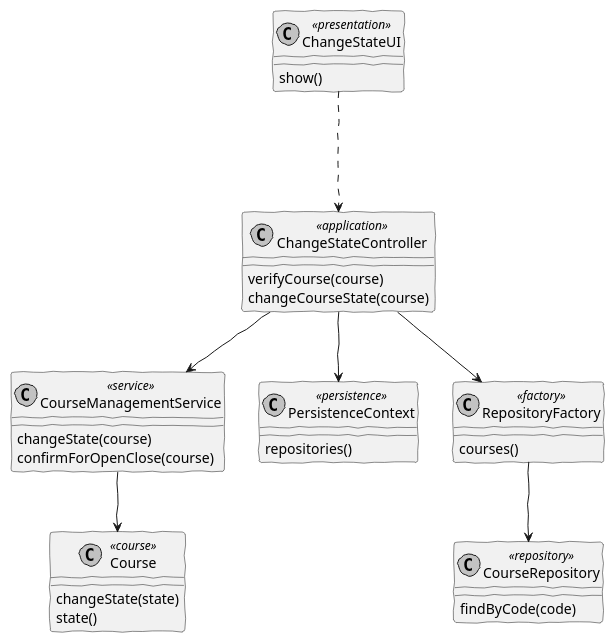
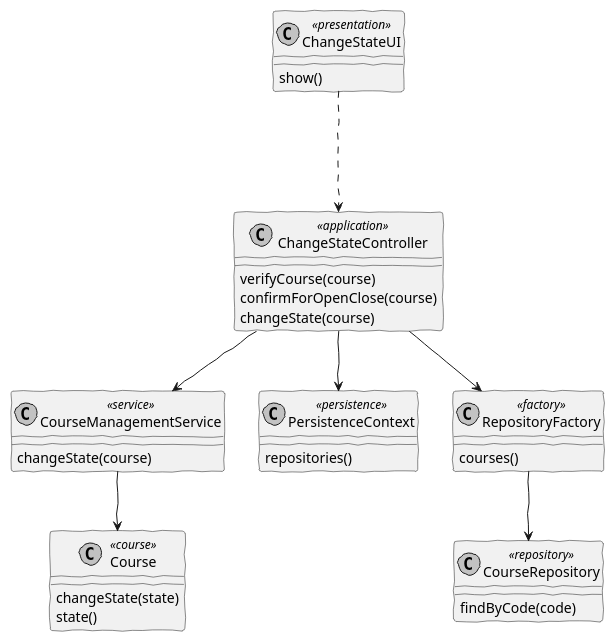
The diagram in docs/SPRINT B/US_1004/CD/CD.puml (brunacosta03/sem4pi_22_23), drawn with PlantUML before and after one commit. The commit also changed 2 other files, not shown here.

Commit message:
docs : update of both diagrams and Domain model #17

```diff
--- a/docs/SPRINT B/US_1004/CD/CD.puml
+++ b/docs/SPRINT B/US_1004/CD/CD.puml
@@ -1,59 +1,59 @@
 @startuml
 
 skinparam handwritten true
 skinparam monochrome true
 skinparam packageStyle rect
 skinparam defaultFontName FG Virgil
 skinparam shadowing false
 
 
 class ChangeStateUI <<presentation>>
 class ChangeStateController<<application>>
 class CourseManagementService<<service>>
 class Course<<course>>
 class PersistenceContext<<persistence>>
 class RepositoryFactory<<factory>>
 class CourseRepository <<repository>>
 
 class ChangeStateUI{
 show()
 }
 
 class ChangeStateController{
 verifyCourse(course)
-changeCourseState(course)
+confirmForOpenClose(course)
+changeState(course)
 }
 
 class PersistenceContext{
 repositories()
 }
 
 class RepositoryFactory{
 courses()
 }
 
 class CourseRepository{
 findByCode(code)
 }
 
 class Course{
 changeState(state)
 state()
 }
 
 class CourseManagementService{
 changeState(course)
-confirmForOpenClose(course)
 }
 
 ChangeStateUI -.-> ChangeStateController
 
 ChangeStateController --> PersistenceContext
 ChangeStateController --> RepositoryFactory
 ChangeStateController --> CourseManagementService
 
 RepositoryFactory --> CourseRepository
 
 CourseManagementService --> Course
 
 @enduml
```
